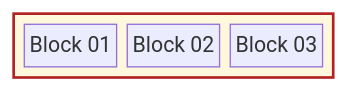
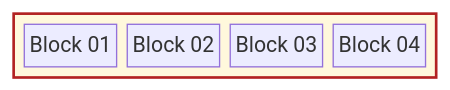
One commit to joe-dorward/samples changed the fourth of 5 diagrams in blocks/blocks_v1.md. Above: the diagram before and after it, drawn with Mermaid. The commit also changed other lines of this file, not shown here.

````diff
--- a/blocks/blocks_v1.md
+++ b/blocks/blocks_v1.md
@@ -33,13 +31,14 @@
 ```mermaid
   block
 
   %% define a block with an ID for styling
-  block:BLOCK_A
+  block:GROUP_01
     BLOCK_01["Block 01"]
     BLOCK_02["Block 02"]
     BLOCK_03["Block 03"]
+    BLOCK_04["Block 04"]
   end
 
-  %% define styles
-  style BLOCK_A fill:cornsilk,stroke:firebrick,stroke-width:2px
+  %% style
+  style GROUP_01 fill:cornsilk,stroke:firebrick,stroke-width:2px
 ```
````
